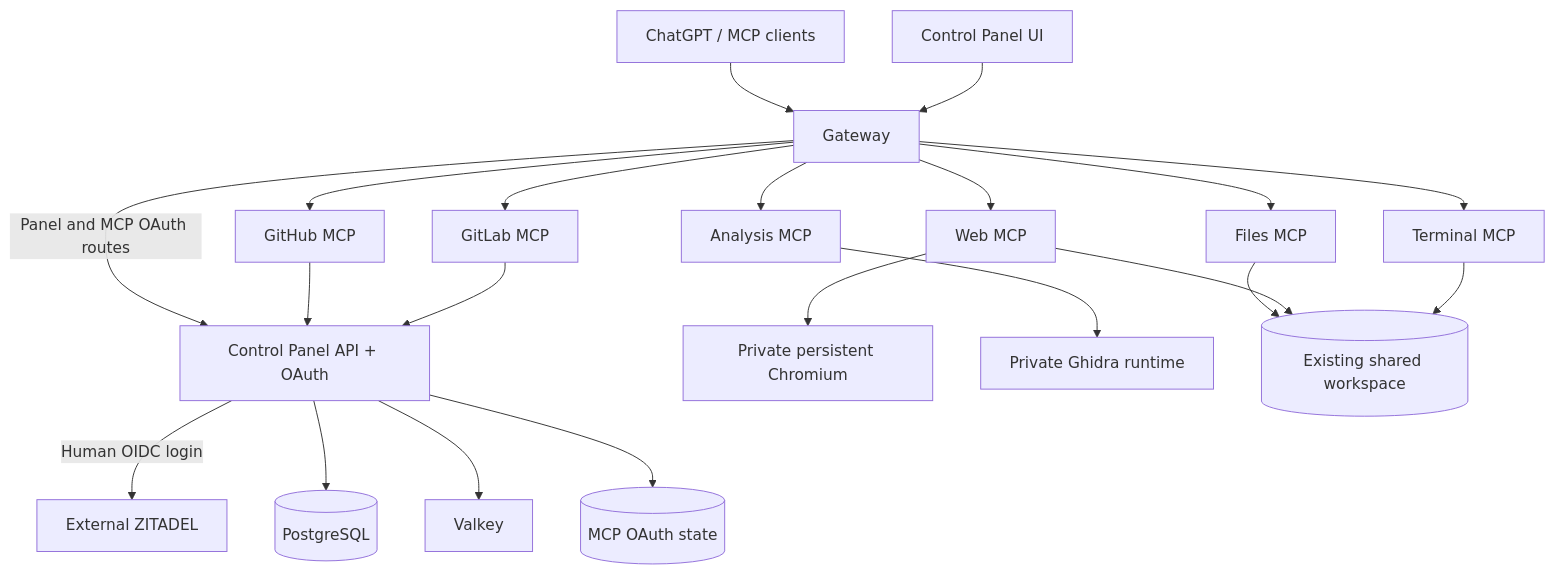
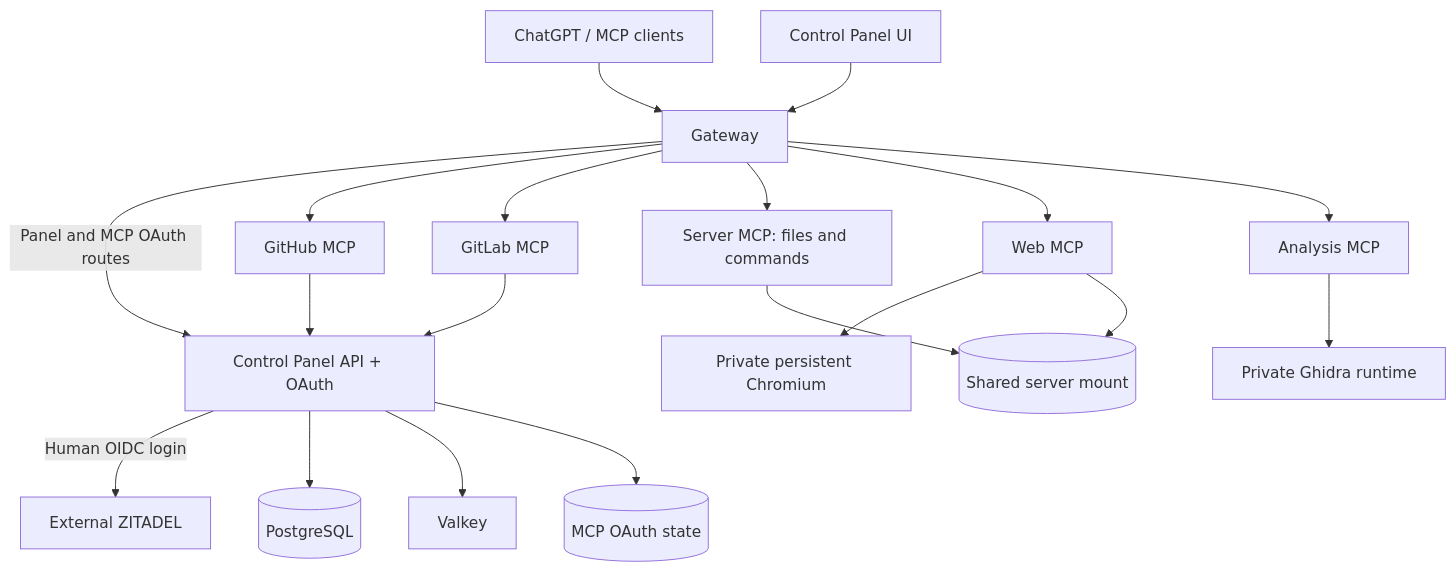
The diagram in docs/architecture/overview.md (KobaProduction/Briareus), drawn with Mermaid before and after one commit. The commit also changed other lines of this file and 742 other files, not shown here.

````diff
--- a/docs/architecture/overview.md
+++ b/docs/architecture/overview.md
@@ -18,23 +18,21 @@
 ```mermaid
 flowchart TB
     Client[ChatGPT / MCP clients] --> GW[Gateway]
     Browser[Control Panel UI] --> GW
     GW -->|Panel and MCP OAuth routes| CP[Control Panel API + OAuth]
     CP -->|Human OIDC login| ID[External ZITADEL]
     GW --> GH[GitHub MCP]
     GW --> GL[GitLab MCP]
-    GW --> FI[Files MCP]
+    GW --> SV[Server MCP: files and commands]
     GW --> WEB[Web MCP]
     GW --> AN[Analysis MCP]
-    GW --> TE[Terminal MCP]
     WEB --> CDP[Private persistent Chromium]
     AN --> GD[Private Ghidra runtime]
     GH --> CP
     GL --> CP
     CP --> STATE[(PostgreSQL)]
     CP --> CACHE[Valkey]
     CP --> OAUTH[(MCP OAuth state)]
-    FI --> WS[(Existing shared workspace)]
+    SV --> WS[(Shared server mount)]
     WEB --> WS
-    TE --> WS
 ```
````
